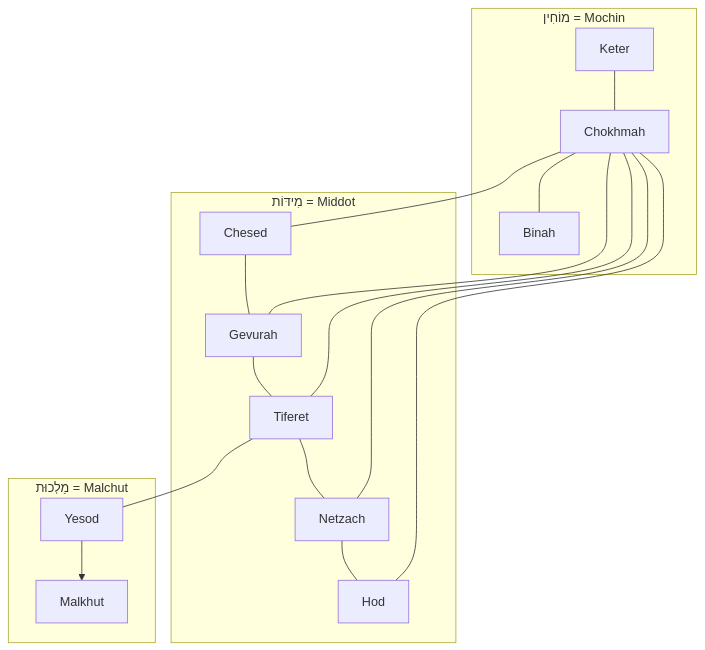
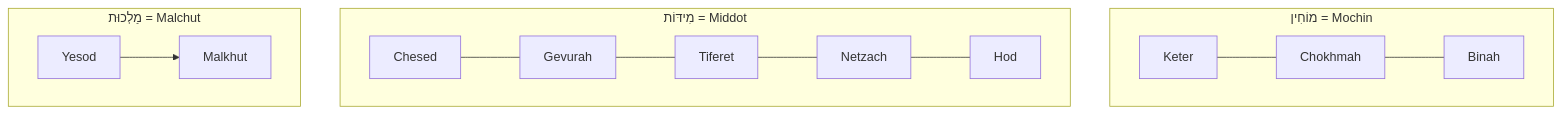
Before and after one commit to josefsbreakfast/Polaris-Protocol: the second of 2 diagrams in Polaris_Nest/Git_Intake_Drawer/🍷_Always_Spiritually_In_Jerusalem/🌳_three_overaching_clusters.md, drawn with Mermaid. The commit also changed other lines of this file, not shown here.

````diff
--- a/Polaris_Nest/Git_Intake_Drawer/🍷_Always_Spiritually_In_Jerusalem/🌳_three_overaching_clusters.md
+++ b/Polaris_Nest/Git_Intake_Drawer/🍷_Always_Spiritually_In_Jerusalem/🌳_three_overaching_clusters.md
@@ -27,41 +27,35 @@
 ```mermaid
   graph TB
 
     subgraph one[מוֹחִין = Mochin]
         a1[Keter]
         a2[Chokhmah]
         a3[Binah]
     end
 
     subgraph two[מִידּוֹת = Middot]
         b1[Chesed]
         b2[Gevurah]
         b3[Tiferet]
         b4[Netzach]
         b5[Hod]
     end
 
     subgraph three[מַלְכוּת = Malchut]
         c1[Yesod]
         c2[Malkhut]
     end
 
     a1 --- a2
     a2 --- a3
 
     b1 --- b2
     b2 --- b3
     b3 --- b4
     b4 --- b5
 
     c1 --> c2
 
-    a2 --- b1
-    a2 --- b2
-    a2 --- b3
-    a2 --- b4
-    a2 --- b5
-
-    b3 --- c1
+    
 
   ```
````
